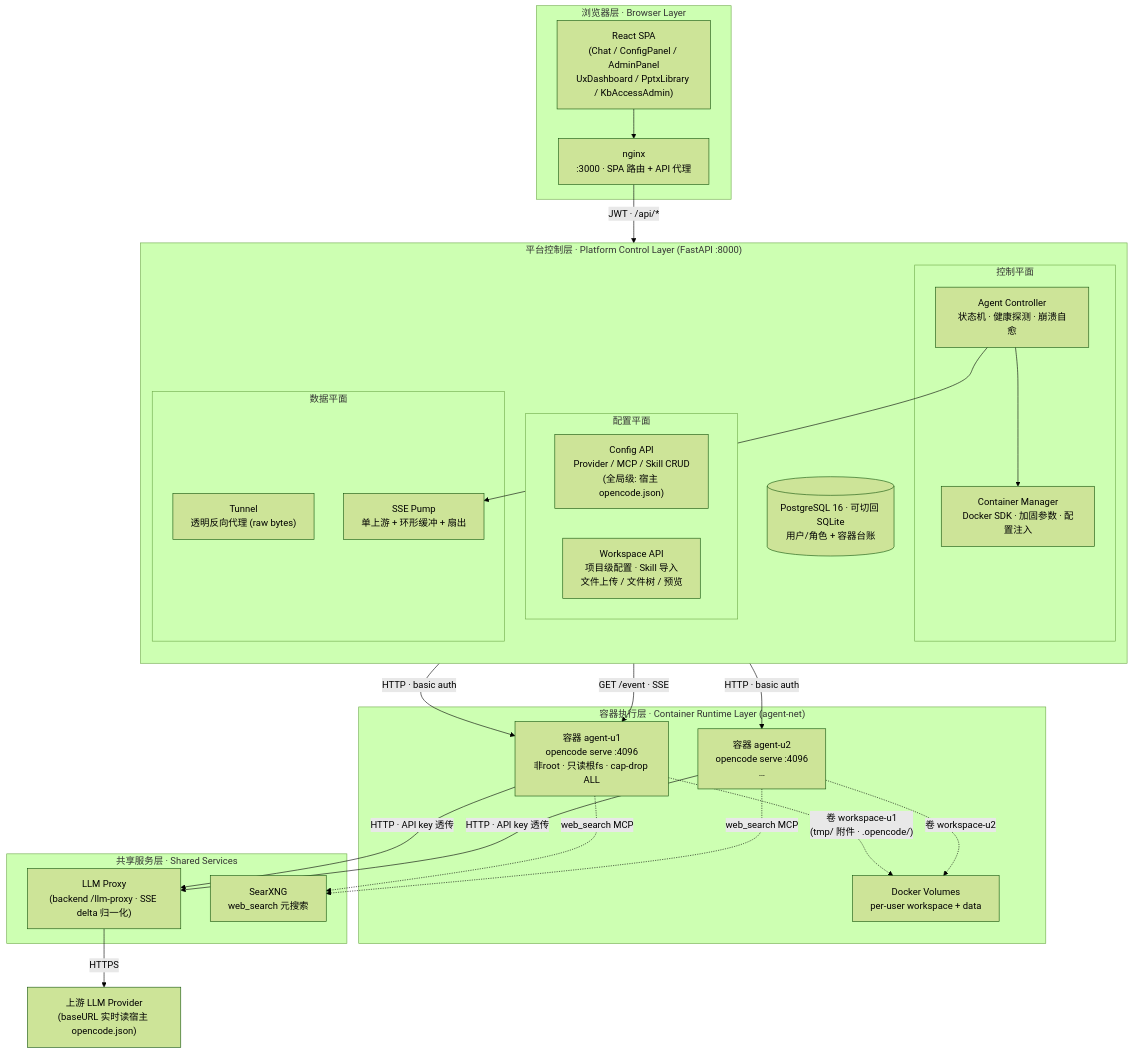
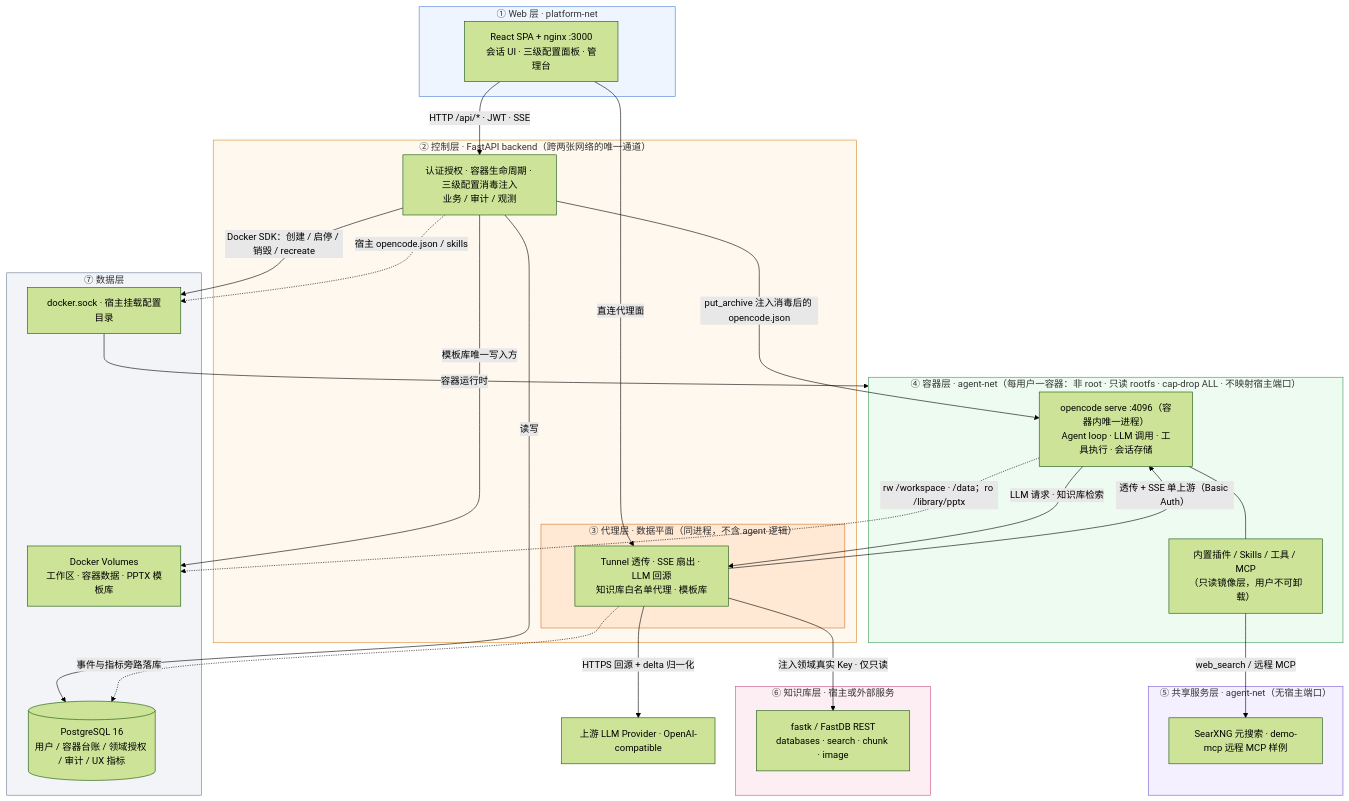
Before and after one commit to Caeser-Zhang/agent-docker-platform: the first of 2 diagrams in README.md, drawn with Mermaid (forest theme). The commit also changed other lines of this file and 21 other files, not shown here.

````diff
--- a/README.md
+++ b/README.md
@@ -24,52 +26,59 @@
 ```mermaid
 flowchart TB
-    subgraph Browser["浏览器层 · Browser Layer"]
-        SPA["React SPA<br/>(Chat / ConfigPanel / AdminPanel<br/>UxDashboard / PptxLibrary / KbAccessAdmin)"]
-        NGINX["nginx<br/>:3000 · SPA 路由 + API 代理"]
-        SPA --> NGINX
+    subgraph WEB["① Web 层 · platform-net"]
+        FE["React SPA + nginx :3000<br/>会话 UI · 三级配置面板 · 管理台"]
     end
 
-    subgraph Platform["平台控制层 · Platform Control Layer (FastAPI :8000)"]
-        direction TB
-        subgraph Control["控制平面"]
-            AC["Agent Controller<br/>状态机 · 健康探测 · 崩溃自愈"]
-            CM["Container Manager<br/>Docker SDK · 加固参数 · 配置注入"]
+    subgraph CTRL["② 控制层 · FastAPI backend（跨两张网络的唯一通道）"]
+        CORE["认证授权 · 容器生命周期 · 三级配置消毒注入<br/>业务 / 审计 / 观测"]
+        subgraph PROXY["③ 代理层 · 数据平面（同进程，不含 agent 逻辑）"]
+            PX["Tunnel 透传 · SSE 扇出 · LLM 回源<br/>知识库白名单代理 · 模板库"]
         end
-        subgraph ConfigPlane["配置平面"]
-            CFG["Config API<br/>Provider / MCP / Skill CRUD<br/>(全局级: 宿主 opencode.json)"]
-            WS["Workspace API<br/>项目级配置 · Skill 导入<br/>文件上传 / 文件树 / 预览"]
-        end
-        subgraph DataPlane["数据平面"]
-            TUNNEL["Tunnel<br/>透明反向代理 (raw bytes)"]
-            PUMP["SSE Pump<br/>单上游 + 环形缓冲 + 扇出"]
-        end
-        DB[("PostgreSQL 16 · 可切回 SQLite<br/>用户/角色 + 容器台账")]
-        AC --> CM
-        AC --> PUMP
     end
 
-    subgraph Runtime["容器执行层 · Container Runtime Layer (agent-net)"]
-        C1["容器 agent-u1<br/>opencode serve :4096<br/>非root · 只读根fs · cap-drop ALL"]
-        C2["容器 agent-u2<br/>opencode serve :4096<br/>…"]
-        C1 -. "卷 workspace-u1<br/>(tmp/ 附件 · .opencode/)" .-> CN
-        C2 -. "卷 workspace-u2" .-> CN
-        CN["Docker Volumes<br/>per-user workspace + data"]
+    subgraph RT["④ 容器层 · agent-net（每用户一容器：非 root · 只读 rootfs · cap-drop ALL · 不映射宿主端口）"]
+        OC["opencode serve :4096（容器内唯一进程）<br/>Agent loop · LLM 调用 · 工具执行 · 会话存储"]
+        EXT["内置插件 / Skills / 工具 / MCP<br/>（只读镜像层，用户不可卸载）"]
     end
 
-    subgraph Shared["共享服务层 · Shared Services"]
-        LP["LLM Proxy<br/>(backend /llm-proxy · SSE delta 归一化)"]
-        SXNG["SearXNG<br/>web_search 元搜索"]
+    subgraph SHARED["⑤ 共享服务层 · agent-net（无宿主端口）"]
+        SS["SearXNG 元搜索 · demo-mcp 远程 MCP 样例"]
     end
 
-    UP["上游 LLM Provider<br/>(baseURL 实时读宿主 opencode.json)"]
+    subgraph KB["⑥ 知识库层 · 宿主或外部服务"]
+        FK["fastk / FastDB REST<br/>databases · search · chunk · image"]
+    end
 
-    NGINX -->|"JWT · /api/*"| Platform
-    TUNNEL -->|HTTP · basic auth| C1
-    TUNNEL -->|HTTP · basic auth| C2
-    PUMP -->|GET /event · SSE| C1
-    C1 -->|HTTP · API key 透传| LP
-    C2 -->|HTTP · API key 透传| LP
-    LP -->|HTTPS| UP
-    C1 -.->|web_search MCP| SXNG
-    C2 -.->|web_search MCP| SXNG
+    UP["上游 LLM Provider · OpenAI-compatible"]
+
+    subgraph DATA["⑦ 数据层"]
+        PG[("PostgreSQL 16<br/>用户 / 容器台账 / 领域授权 / 审计 / UX 指标")]
+        VOL["Docker Volumes<br/>工作区 · 容器数据 · PPTX 模板库"]
+        DS["docker.sock · 宿主挂载配置目录"]
+    end
+
+    FE -->|"HTTP /api/* · JWT · SSE"| CORE
+    FE -->|"直连代理面"| PX
+    CORE -->|"Docker SDK：创建 / 启停 / 销毁 / recreate"| DS
+    DS -->|"容器运行时"| RT
+    CORE -->|"put_archive 注入消毒后的 opencode.json"| OC
+    OC --- EXT
+    PX -->|"透传 + SSE 单上游（Basic Auth）"| OC
+    OC -->|"LLM 请求 · 知识库检索"| PX
+    PX -->|"HTTPS 回源 + delta 归一化"| UP
+    PX -->|"注入领域真实 Key · 仅只读"| FK
+    EXT -->|"web_search / 远程 MCP"| SS
+    CORE -->|"读写"| PG
+    CORE -->|"模板库唯一写入方"| VOL
+    OC -.->|"rw /workspace · /data；ro /library/pptx"| VOL
+    CORE -.->|"宿主 opencode.json / skills"| DS
+    PX -.->|"事件与指标旁路落库"| PG
+
+    style WEB fill:#eef5ff,stroke:#4a7fd4
+    style CTRL fill:#fff8ee,stroke:#d98c2b
+    style PROXY fill:#ffe8d4,stroke:#d9752b
+    style RT fill:#eefbf1,stroke:#3d9a5b
+    style SHARED fill:#f4f0ff,stroke:#7a5cd0
+    style KB fill:#fdeef4,stroke:#c94f86
+    style DATA fill:#f2f4f7,stroke:#6b7a90
 ```
````
